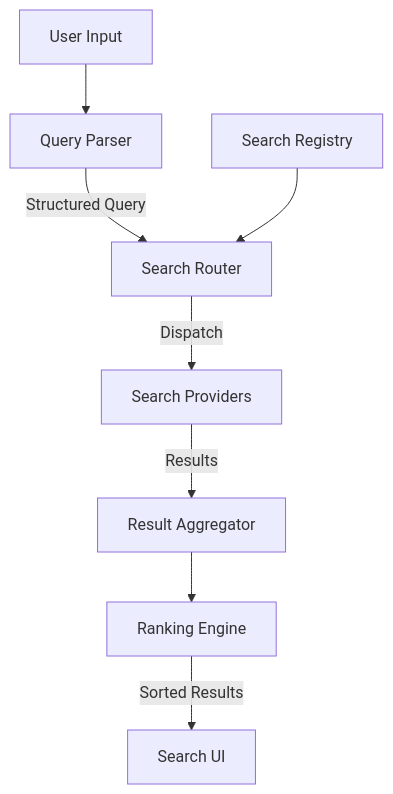
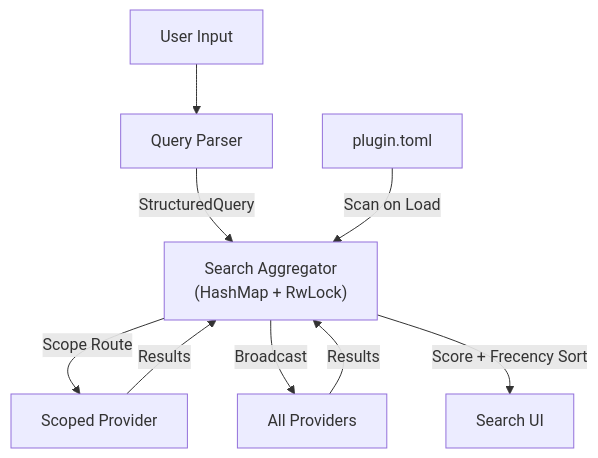
Before and after one commit to yeheng/bookmarks: the diagram in openspec/changes/design-aggregated-search/design.md, drawn with Mermaid. The commit also changed other lines of this file and 24 other files, not shown here.

````diff
--- a/openspec/changes/design-aggregated-search/design.md
+++ b/openspec/changes/design-aggregated-search/design.md
@@ -7,10 +10,11 @@
 ```mermaid
 graph TD
     User["User Input"] --> Parser["Query Parser"]
-    Parser -->|Structured Query| Router["Search Router"]
-    Registry["Search Registry"] --> Router
-    Router -->|Dispatch| Providers["Search Providers"]
-    Providers -->|Results| Aggregator["Result Aggregator"]
-    Aggregator --> Ranking["Ranking Engine"]
-    Ranking -->|Sorted Results| UI["Search UI"]
+    Parser -->|StructuredQuery| Aggregator["Search Aggregator<br/>(HashMap + RwLock)"]
+    PluginManifest["plugin.toml"] -->|Scan on Load| Aggregator
+    Aggregator -->|Scope Route| ScopedProvider["Scoped Provider"]
+    Aggregator -->|Broadcast| AllProviders["All Providers"]
+    AllProviders -->|Results| Aggregator
+    ScopedProvider -->|Results| Aggregator
+    Aggregator -->|Score + Frecency Sort| UI["Search UI"]
 ```
````
